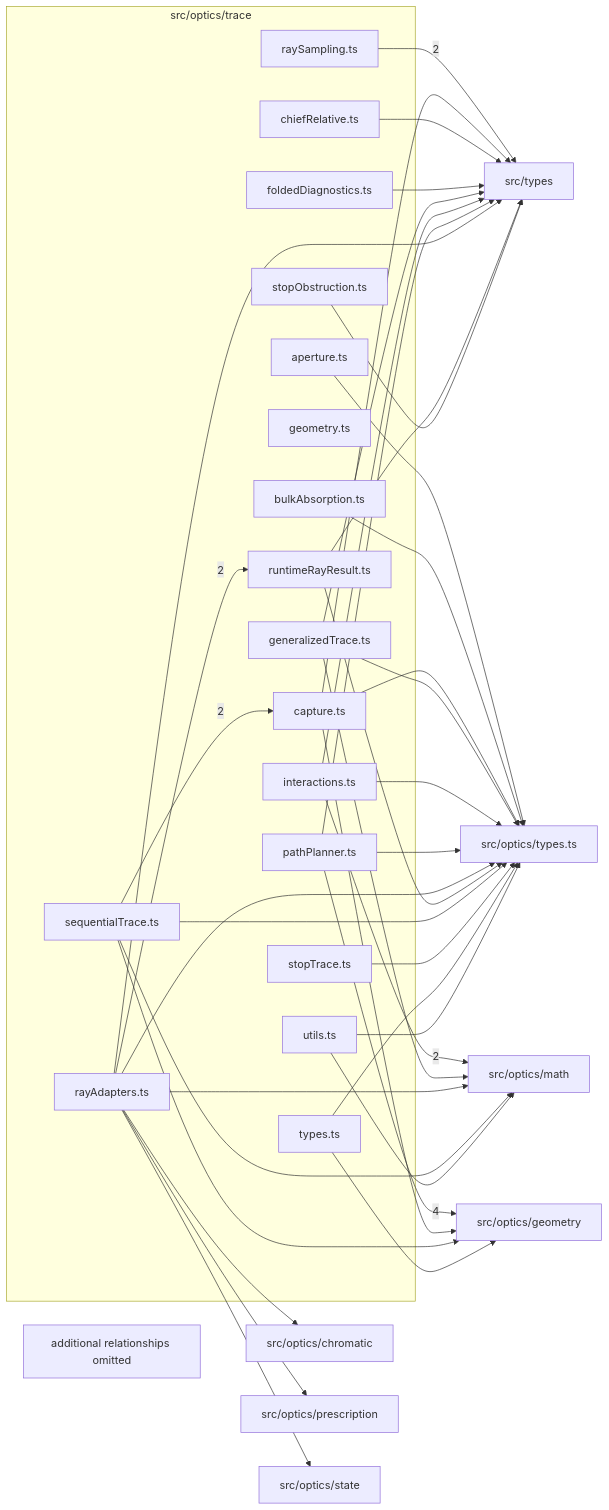
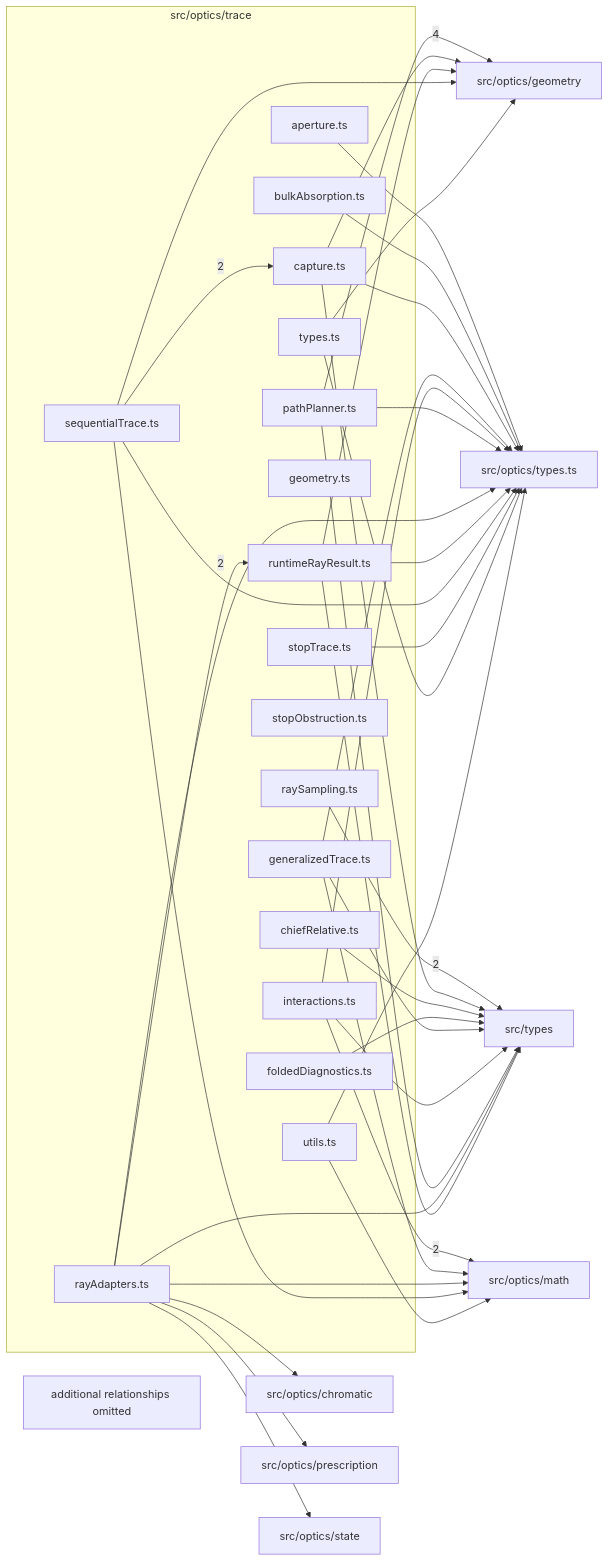
One commit to ronbuening/LensVisualizer changed the diagram in src/optics/trace/readme.md. Above: the diagram before and after it, drawn with Mermaid. The commit also changed other lines of this file and 13 other files, not shown here.

````diff
--- a/src/optics/trace/readme.md
+++ b/src/optics/trace/readme.md
@@ -9,66 +9,66 @@
 ```mermaid
 flowchart LR
   subgraph n_src_optics_trace["src/optics/trace"]
     n_src_optics_trace_src_optics_trace_aperture_ts["aperture.ts"]
     n_src_optics_trace_src_optics_trace_bulkAbsorption_ts["bulkAbsorption.ts"]
     n_src_optics_trace_src_optics_trace_capture_ts["capture.ts"]
     n_src_optics_trace_src_optics_trace_chiefRelative_ts["chiefRelative.ts"]
     n_src_optics_trace_src_optics_trace_foldedDiagnostics_ts["foldedDiagnostics.ts"]
     n_src_optics_trace_src_optics_trace_generalizedTrace_ts["generalizedTrace.ts"]
     n_src_optics_trace_src_optics_trace_geometry_ts["geometry.ts"]
     n_src_optics_trace_src_optics_trace_interactions_ts["interactions.ts"]
     n_src_optics_trace_src_optics_trace_pathPlanner_ts["pathPlanner.ts"]
     n_src_optics_trace_src_optics_trace_rayAdapters_ts["rayAdapters.ts"]
     n_src_optics_trace_src_optics_trace_raySampling_ts["raySampling.ts"]
     n_src_optics_trace_src_optics_trace_runtimeRayResult_ts["runtimeRayResult.ts"]
     n_src_optics_trace_src_optics_trace_sequentialTrace_ts["sequentialTrace.ts"]
     n_src_optics_trace_src_optics_trace_stopObstruction_ts["stopObstruction.ts"]
     n_src_optics_trace_src_optics_trace_stopTrace_ts["stopTrace.ts"]
     n_src_optics_trace_src_optics_trace_types_ts["types.ts"]
     n_src_optics_trace_src_optics_trace_utils_ts["utils.ts"]
   end
   n_external_src_optics_geometry["src/optics/geometry"]
   n_external_src_optics_math["src/optics/math"]
   n_external_src_types["src/types"]
   n_external_src_optics_chromatic["src/optics/chromatic"]
   n_external_src_optics_prescription["src/optics/prescription"]
   n_external_src_optics_state["src/optics/state"]
   n_external_src_optics_types_ts["src/optics/types.ts"]
   n_src_optics_trace_src_optics_trace_pathPlanner_ts --> |4| n_external_src_optics_geometry
   n_src_optics_trace_src_optics_trace_interactions_ts --> |2| n_external_src_optics_math
   n_src_optics_trace_src_optics_trace_raySampling_ts --> |2| n_external_src_types
   n_src_optics_trace_src_optics_trace_sequentialTrace_ts --> |2| n_src_optics_trace_src_optics_trace_capture_ts
   n_src_optics_trace_src_optics_trace_rayAdapters_ts --> |2| n_src_optics_trace_src_optics_trace_runtimeRayResult_ts
   n_src_optics_trace_src_optics_trace_rayAdapters_ts --> n_external_src_optics_chromatic
   n_src_optics_trace_src_optics_trace_capture_ts --> n_external_src_optics_geometry
+  n_src_optics_trace_src_optics_trace_runtimeRayResult_ts --> n_external_src_optics_geometry
   n_src_optics_trace_src_optics_trace_sequentialTrace_ts --> n_external_src_optics_geometry
   n_src_optics_trace_src_optics_trace_types_ts --> n_external_src_optics_geometry
   n_src_optics_trace_src_optics_trace_generalizedTrace_ts --> n_external_src_optics_math
   n_src_optics_trace_src_optics_trace_rayAdapters_ts --> n_external_src_optics_math
   n_src_optics_trace_src_optics_trace_sequentialTrace_ts --> n_external_src_optics_math
   n_src_optics_trace_src_optics_trace_utils_ts --> n_external_src_optics_math
   n_src_optics_trace_src_optics_trace_rayAdapters_ts --> n_external_src_optics_prescription
   n_src_optics_trace_src_optics_trace_rayAdapters_ts --> n_external_src_optics_state
   n_src_optics_trace_src_optics_trace_aperture_ts --> n_external_src_optics_types_ts
   n_src_optics_trace_src_optics_trace_bulkAbsorption_ts --> n_external_src_optics_types_ts
   n_src_optics_trace_src_optics_trace_capture_ts --> n_external_src_optics_types_ts
   n_src_optics_trace_src_optics_trace_generalizedTrace_ts --> n_external_src_optics_types_ts
   n_src_optics_trace_src_optics_trace_interactions_ts --> n_external_src_optics_types_ts
   n_src_optics_trace_src_optics_trace_pathPlanner_ts --> n_external_src_optics_types_ts
   n_src_optics_trace_src_optics_trace_rayAdapters_ts --> n_external_src_optics_types_ts
   n_src_optics_trace_src_optics_trace_runtimeRayResult_ts --> n_external_src_optics_types_ts
   n_src_optics_trace_src_optics_trace_sequentialTrace_ts --> n_external_src_optics_types_ts
   n_src_optics_trace_src_optics_trace_stopTrace_ts --> n_external_src_optics_types_ts
   n_src_optics_trace_src_optics_trace_types_ts --> n_external_src_optics_types_ts
   n_src_optics_trace_src_optics_trace_utils_ts --> n_external_src_optics_types_ts
   n_src_optics_trace_src_optics_trace_capture_ts --> n_external_src_types
   n_src_optics_trace_src_optics_trace_chiefRelative_ts --> n_external_src_types
   n_src_optics_trace_src_optics_trace_foldedDiagnostics_ts --> n_external_src_types
   n_src_optics_trace_src_optics_trace_generalizedTrace_ts --> n_external_src_types
   n_src_optics_trace_src_optics_trace_interactions_ts --> n_external_src_types
   n_src_optics_trace_src_optics_trace_pathPlanner_ts --> n_external_src_types
   n_src_optics_trace_src_optics_trace_rayAdapters_ts --> n_external_src_types
   n_src_optics_trace_src_optics_trace_runtimeRayResult_ts --> n_external_src_types
-  n_src_optics_trace_src_optics_trace_stopObstruction_ts --> n_external_src_types
   n_src_optics_trace_truncated["additional relationships omitted"]
 ```
````
